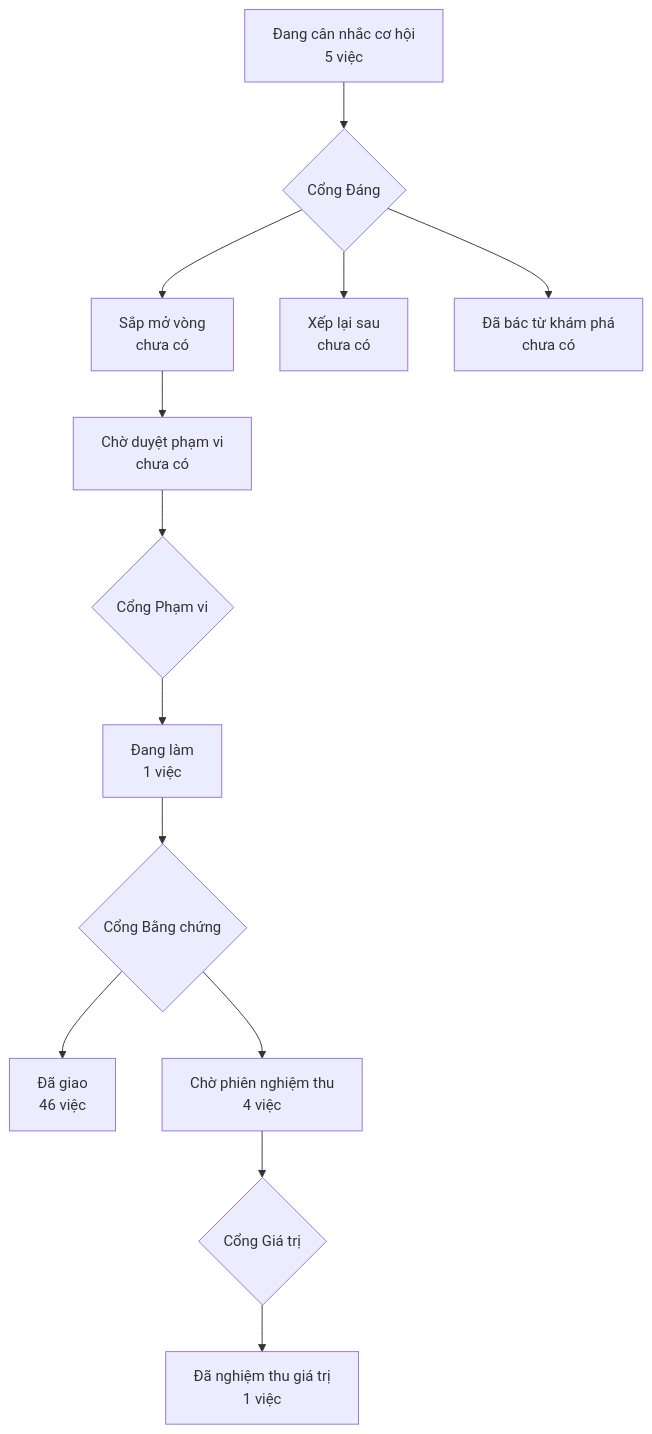
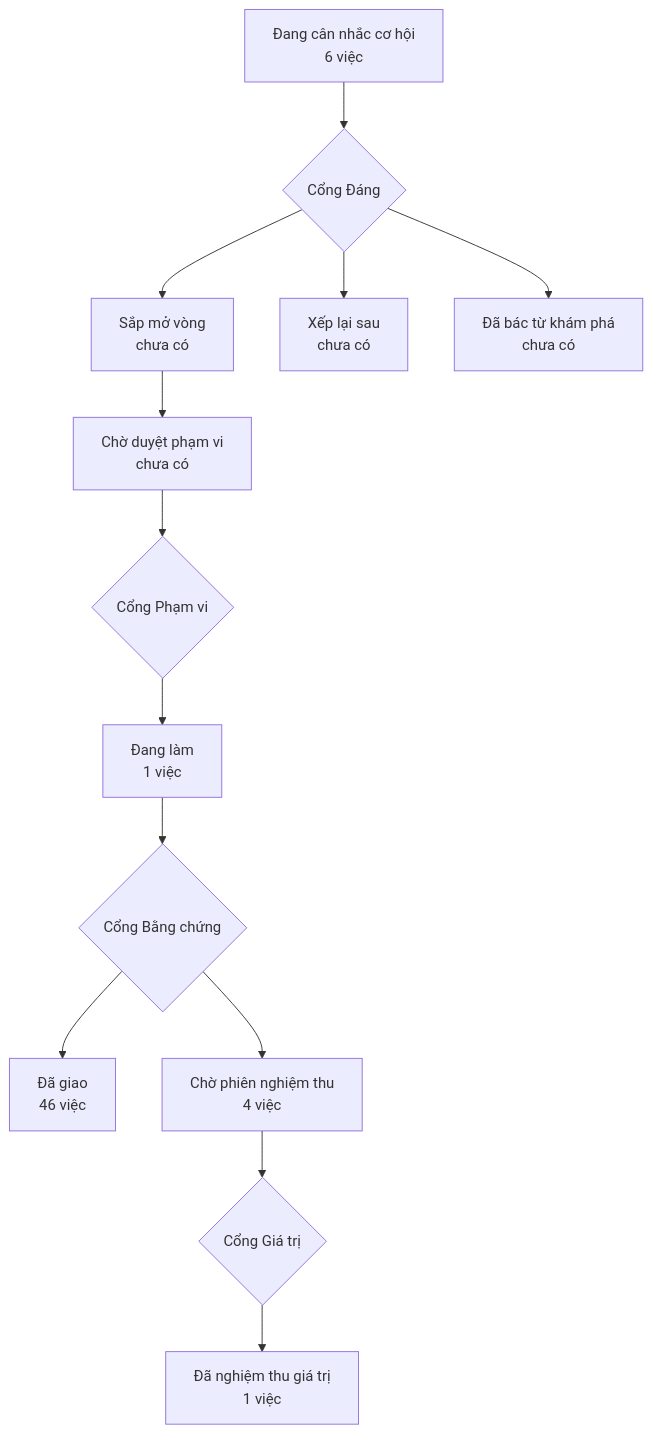
The diagram in PRODUCT-MAP.md (phanlemanh/crm-onehub), drawn with Mermaid before and after one commit. The commit also changed other lines of this file and 1 other file, not shown here.

Commit message:
docs(acceptance): mo o co hoi agent-doi-truong-theo-quyen tu Ngoai-1 cua chi-quan-tri-sua-duoc-truong

````diff
--- a/PRODUCT-MAP.md
+++ b/PRODUCT-MAP.md
@@ -6,12 +6,12 @@
 ```mermaid
 flowchart TD
-  A["Đang cân nhắc cơ hội<br/>5 việc"] --> GD{"Cổng Đáng"}
+  A["Đang cân nhắc cơ hội<br/>6 việc"] --> GD{"Cổng Đáng"}
   GD --> B["Sắp mở vòng<br/>chưa có"]
   GD --> XL["Xếp lại sau<br/>chưa có"]
   GD --> DB["Đã bác từ khám phá<br/>chưa có"]
   B --> CD["Chờ duyệt phạm vi<br/>chưa có"] --> GP{"Cổng Phạm vi"}
   GP --> DL["Đang làm<br/>1 việc"] --> GB{"Cổng Bằng chứng"}
   GB --> DG["Đã giao<br/>46 việc"]
   GB --> CN["Chờ phiên nghiệm thu<br/>4 việc"] --> GG{"Cổng Giá trị"}
   GG --> NT["Đã nghiệm thu giá trị<br/>1 việc"]
 ```
````
